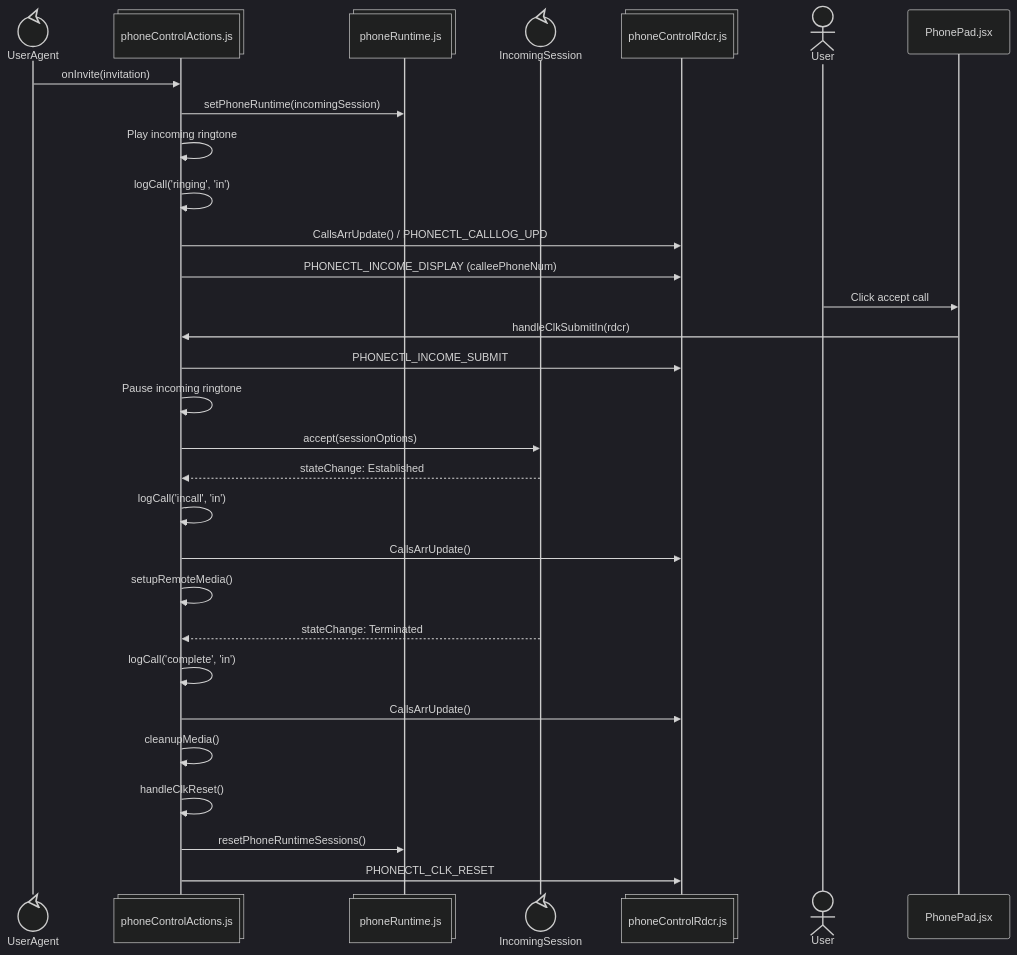
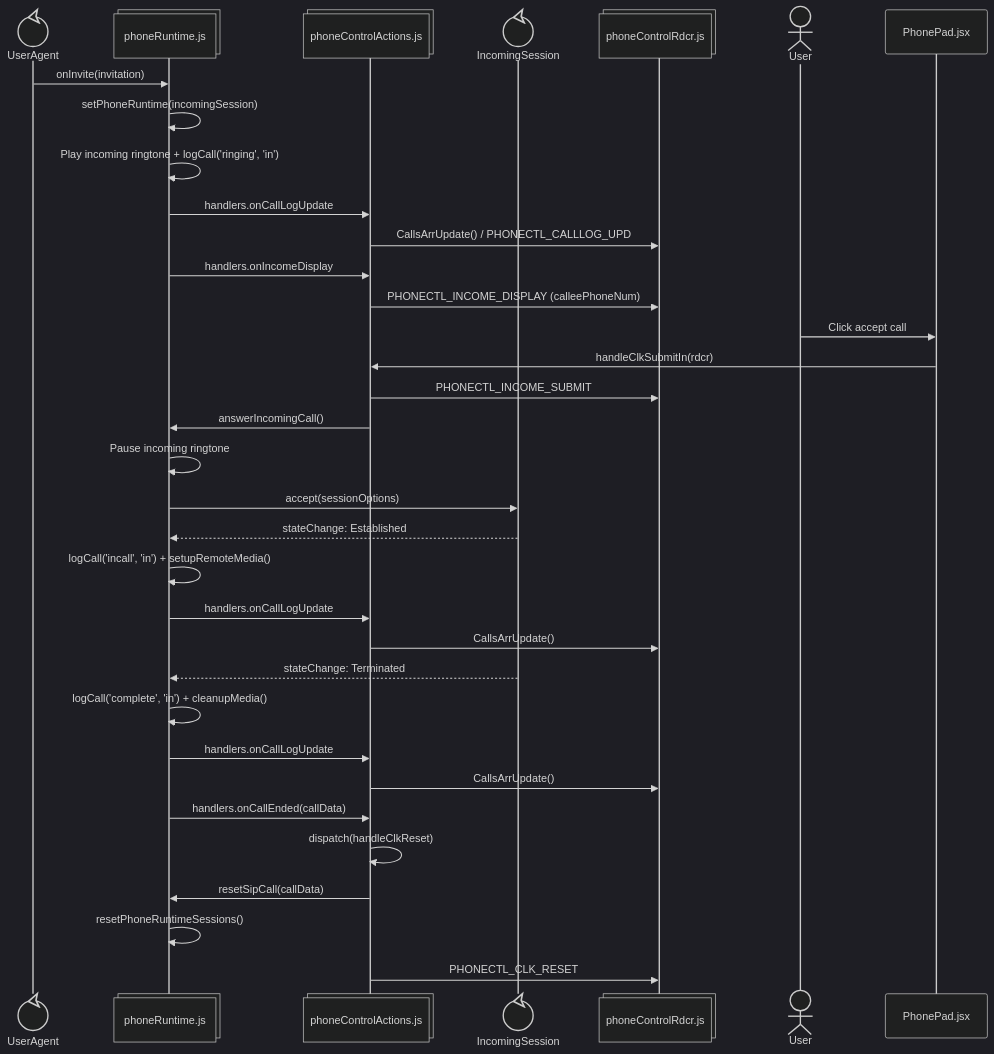
Before and after one commit to ars-anosov/sipjs-react: the fifth of 8 diagrams in STATE.md, drawn with Mermaid (dark theme). The commit also changed other lines of this file and 3 other files, not shown here.

````diff
--- a/STATE.md
+++ b/STATE.md
@@ -149,33 +169,37 @@
 ```mermaid
 sequenceDiagram
   participant UserAgent@{ "type" : "control" }
+  participant Runtime@{ "type" : "collections", "alias": "phoneRuntime.js" }
   participant Action@{ "type" : "collections", "alias": "phoneControlActions.js" }
-  participant Runtime@{ "type" : "collections", "alias": "phoneRuntime.js" }
   participant IncomingSession@{ "type" : "control" }
   participant Dispatch@{ "type" : "collections", "alias": "phoneControlRdcr.js" }
   actor User
   participant PhonePad@{ "type" : "participant", "alias": "PhonePad.jsx" }
 
-  UserAgent->>Action: onInvite(invitation)
-  Action->>Runtime: setPhoneRuntime(incomingSession)
-  Action->>Action: Play incoming ringtone
-  Action->>Action: logCall('ringing', 'in')
+  UserAgent->>Runtime: onInvite(invitation)
+  Runtime->>Runtime: setPhoneRuntime(incomingSession)
+  Runtime->>Runtime: Play incoming ringtone + logCall('ringing', 'in')
+  Runtime->>Action: handlers.onCallLogUpdate
   Action->>Dispatch: CallsArrUpdate() / PHONECTL_CALLLOG_UPD
+  Runtime->>Action: handlers.onIncomeDisplay
   Action->>Dispatch: PHONECTL_INCOME_DISPLAY (calleePhoneNum)
   User->>PhonePad: Click accept call
   PhonePad->>Action: handleClkSubmitIn(rdcr)
   Action->>Dispatch: PHONECTL_INCOME_SUBMIT
-  Action->>Action: Pause incoming ringtone
-  Action->>IncomingSession: accept(sessionOptions)
-  IncomingSession-->>Action: stateChange: Established
-  Action->>Action: logCall('incall', 'in')
+  Action->>Runtime: answerIncomingCall()
+  Runtime->>Runtime: Pause incoming ringtone
+  Runtime->>IncomingSession: accept(sessionOptions)
+  IncomingSession-->>Runtime: stateChange: Established
+  Runtime->>Runtime: logCall('incall', 'in') + setupRemoteMedia()
+  Runtime->>Action: handlers.onCallLogUpdate
   Action->>Dispatch: CallsArrUpdate()
-  Action->>Action: setupRemoteMedia()
-  IncomingSession-->>Action: stateChange: Terminated
-  Action->>Action: logCall('complete', 'in')
+  IncomingSession-->>Runtime: stateChange: Terminated
+  Runtime->>Runtime: logCall('complete', 'in') + cleanupMedia()
+  Runtime->>Action: handlers.onCallLogUpdate
   Action->>Dispatch: CallsArrUpdate()
-  Action->>Action: cleanupMedia()
-  Action->>Action: handleClkReset()
-  Action->>Runtime: resetPhoneRuntimeSessions()
+  Runtime->>Action: handlers.onCallEnded(callData)
+  Action->>Action: dispatch(handleClkReset)
+  Action->>Runtime: resetSipCall(callData)
+  Runtime->>Runtime: resetPhoneRuntimeSessions()
   Action->>Dispatch: PHONECTL_CLK_RESET
 ```
````
